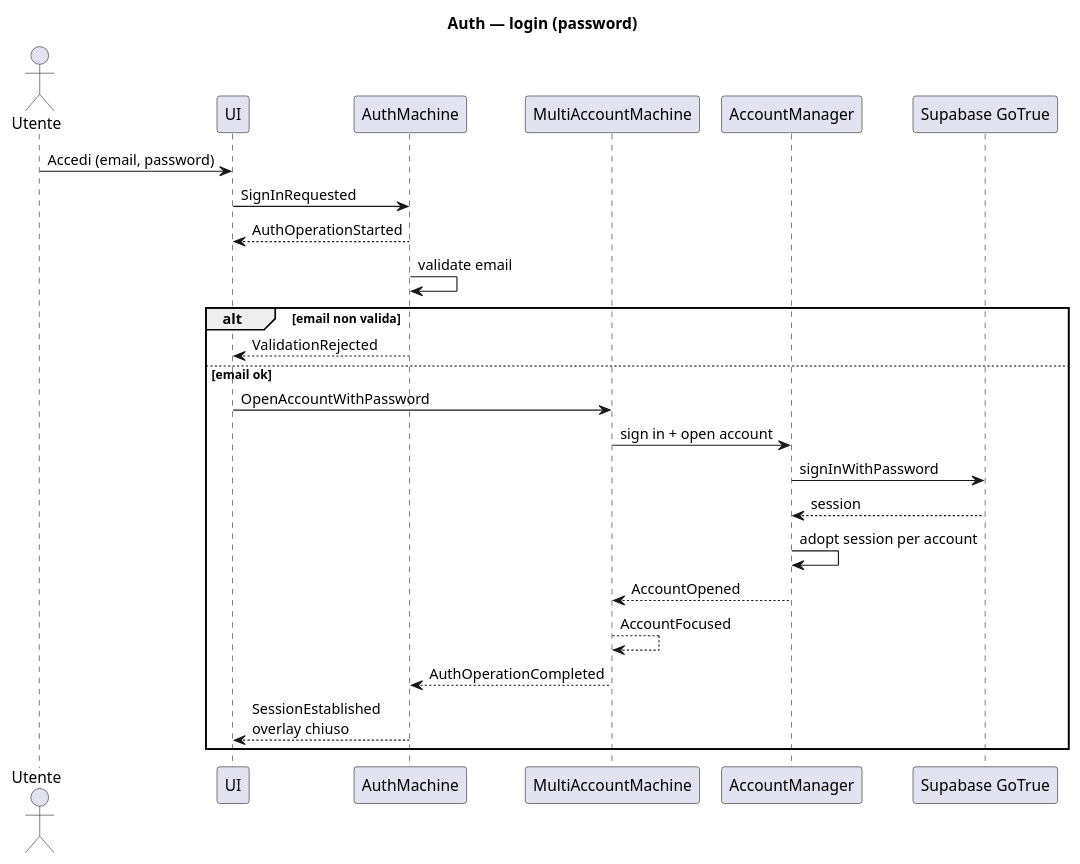
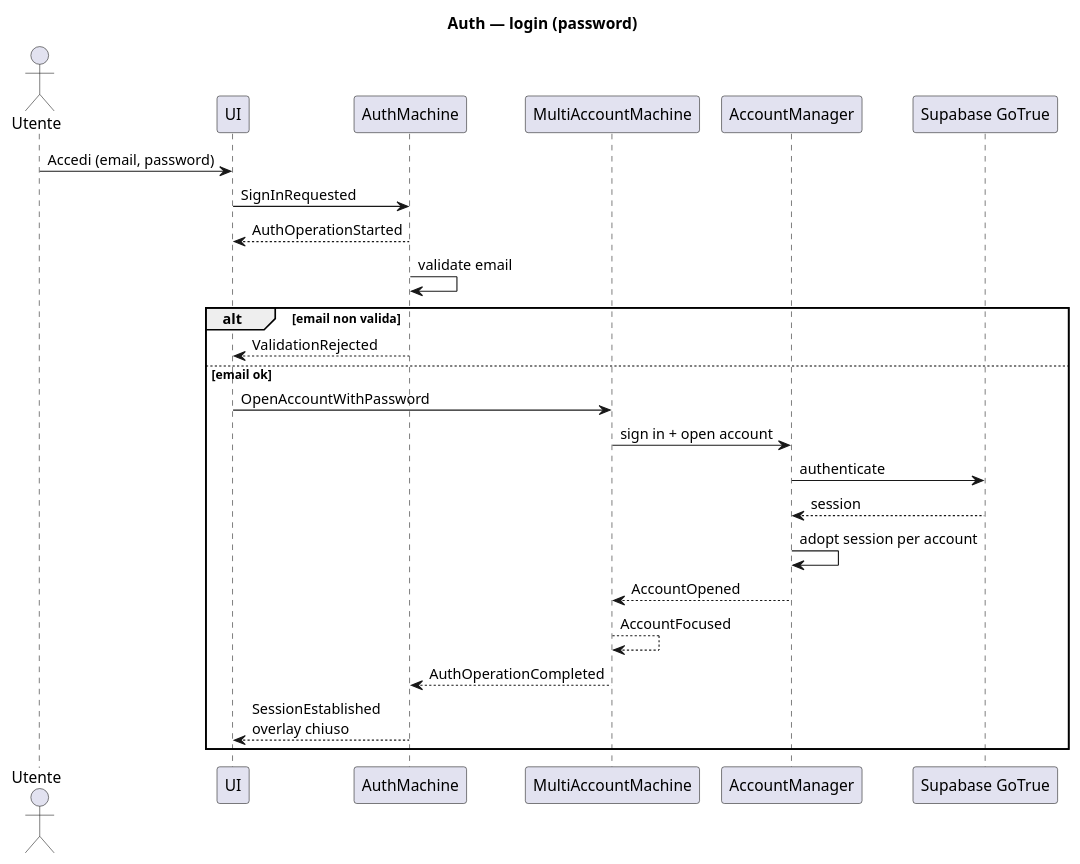
One commit to alfred-im/XmppTest changed the diagram in docs/model/uml/auth/seq-login.puml. Above: the diagram before and after it, drawn with PlantUML. The commit also changed 48 other files, not shown here.

```diff
--- a/docs/model/uml/auth/seq-login.puml
+++ b/docs/model/uml/auth/seq-login.puml
@@ -1,34 +1,35 @@
 @startuml seq-login
 ' Context: auth
+' Profile: client
 ' SDD: SURF-AUTH-004, SURF-AUTH-007
 ' Revision: 2026-07-19
 
 title Auth — login (password)
 
 actor Utente
 participant "UI" as UI
 participant "AuthMachine" as AM
 participant "MultiAccountMachine" as MAM
 participant "AccountManager" as Mgr
 participant "Supabase GoTrue" as GT
 
 Utente -> UI : Accedi (email, password)
 UI -> AM : SignInRequested
 AM --> UI : AuthOperationStarted
 
 AM -> AM : validate email
 alt email non valida
   AM --> UI : ValidationRejected
 else email ok
   UI -> MAM : OpenAccountWithPassword
   MAM -> Mgr : sign in + open account
-  Mgr -> GT : signInWithPassword
+  Mgr -> GT : authenticate
   GT --> Mgr : session
   Mgr -> Mgr : adopt session per account
   Mgr --> MAM : AccountOpened
   MAM --> MAM : AccountFocused
   MAM --> AM : AuthOperationCompleted
   AM --> UI : SessionEstablished\noverlay chiuso
 end
 
 @enduml
```
